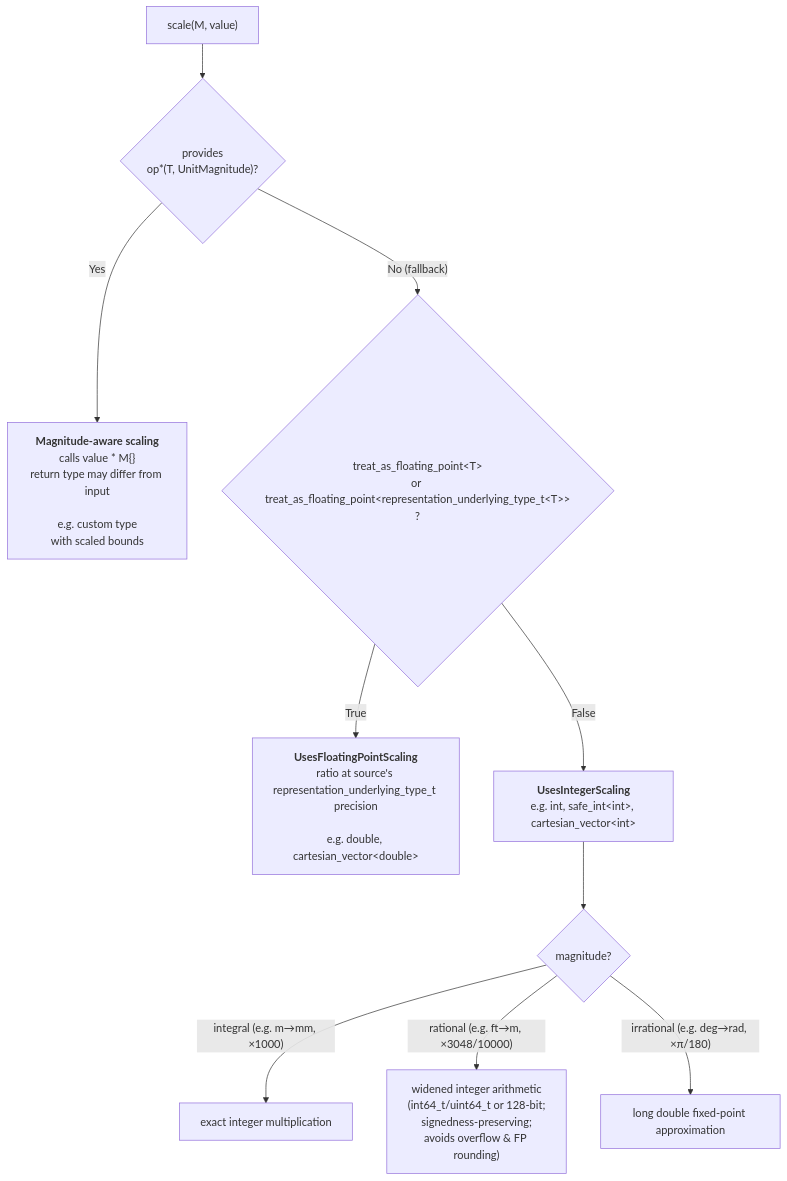
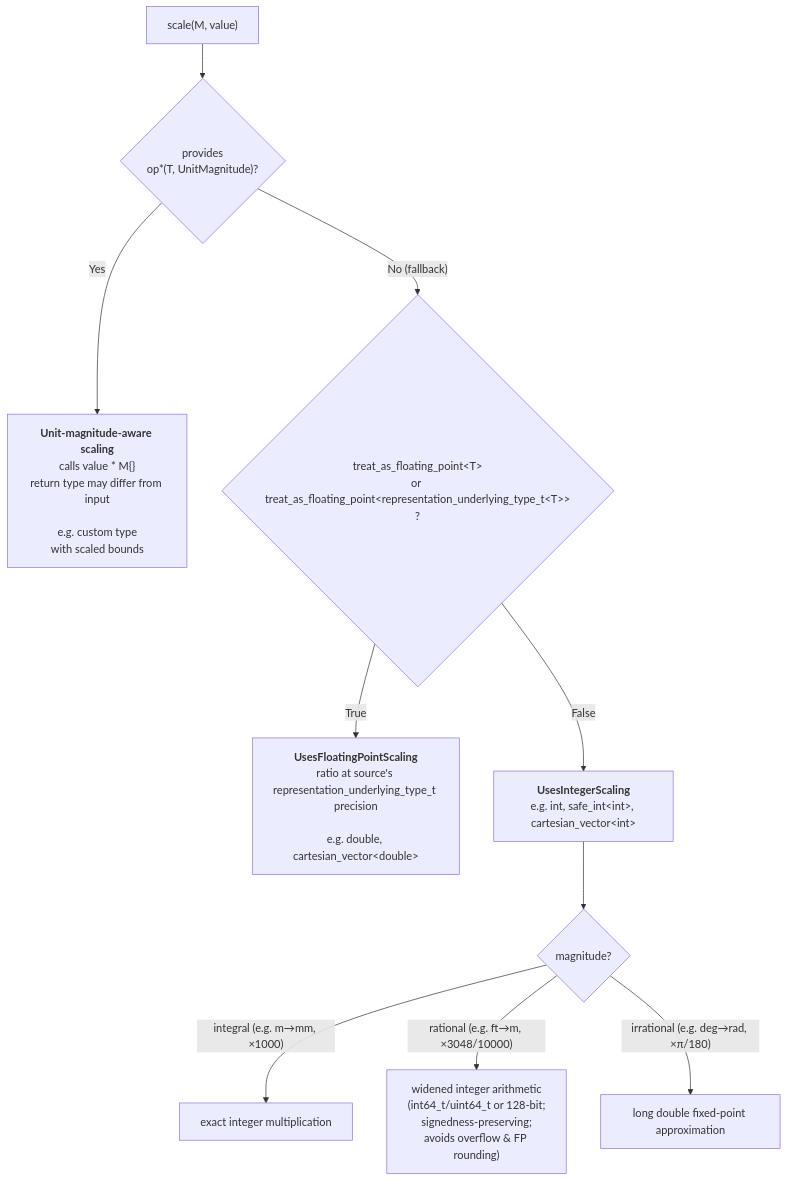
The diagram in docs/users_guide/framework_basics/representation_types.md (mpusz/mp-units), drawn with Mermaid before and after one commit. The commit also changed other lines of this file and 7 other files, not shown here.

````diff
--- a/docs/users_guide/framework_basics/representation_types.md
+++ b/docs/users_guide/framework_basics/representation_types.md
@@ -787,12 +821,12 @@
 ```mermaid
 flowchart TD
     A["scale(M, value)"] --> MA{"provides<br>op*(T, UnitMagnitude)?"}
-    MA -- "Yes" --> MAR["<b>Magnitude-aware scaling</b><br>calls value * M{}<br>return type may differ from input<br><br>e.g. custom type<br>with scaled bounds"]
+    MA -- "Yes" --> MAR["<b>Unit-magnitude-aware scaling</b><br>calls value * M{}<br>return type may differ from input<br><br>e.g. custom type<br>with scaled bounds"]
     MA -- "No (fallback)" --> B{"treat_as_floating_point&lt;T&gt;<br>or treat_as_floating_point&lt;representation_underlying_type_t&lt;T&gt;&gt;<br>?"}
     B -- True --> FP["<b>UsesFloatingPointScaling</b><br>ratio at source's representation_underlying_type_t precision<br><br>e.g. double, cartesian_vector&lt;double&gt;"]
     B -- False --> INT["<b>UsesIntegerScaling</b><br>e.g. int, safe_int&lt;int&gt;, cartesian_vector&lt;int&gt;"]
     INT --> G{"magnitude?"}
     G -- "integral (e.g. m→mm, ×1000)" --> I["exact integer multiplication"]
     G -- "rational (e.g. ft→m, ×3048/10000)" --> R["widened integer arithmetic<br>(int64_t/uint64_t or 128-bit;<br>signedness-preserving;<br>avoids overflow &amp; FP rounding)"]
     G -- "irrational (e.g. deg→rad, ×π/180)" --> IR["long double fixed-point approximation"]
 ```
````
